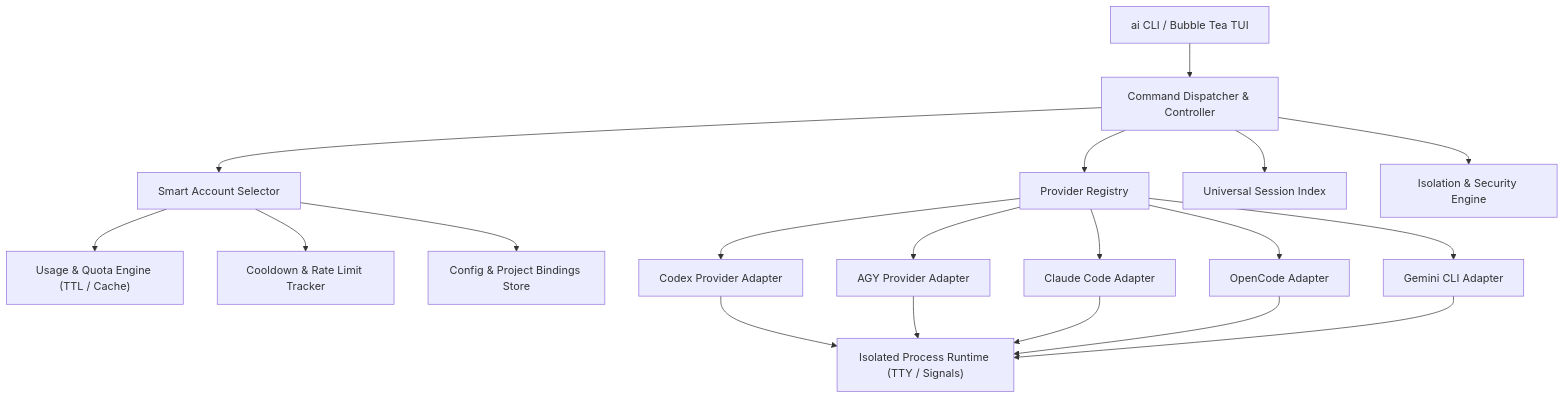
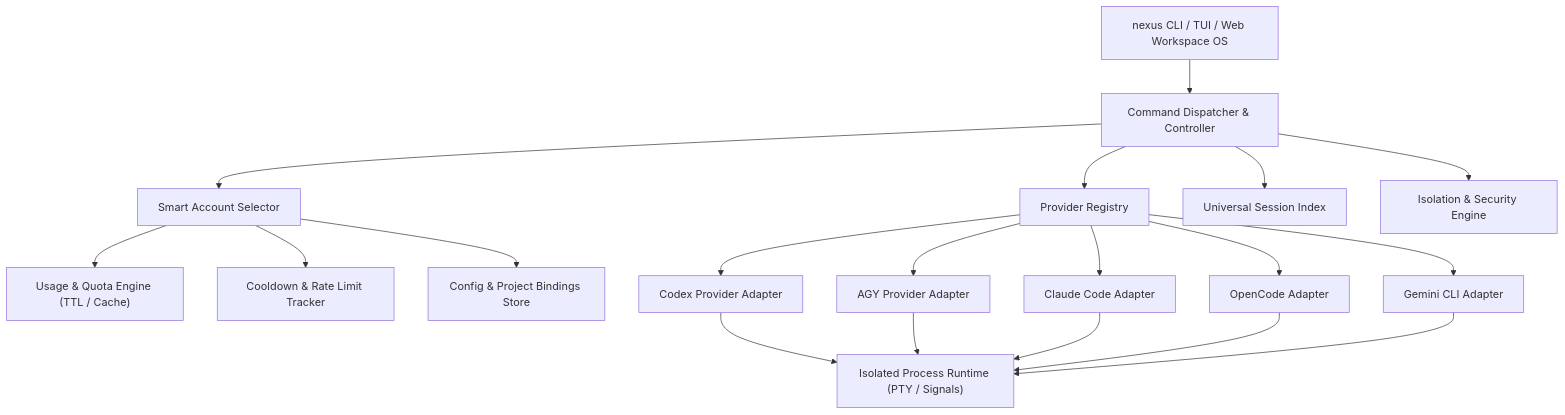
The first of 2 diagrams in ARCHITECTURE.md (kivervinicius/ai-cli), drawn with Mermaid before and after one commit. The commit also changed other lines of this file and 94 other files, not shown here.

````diff
--- a/ARCHITECTURE.md
+++ b/ARCHITECTURE.md
@@ -38,24 +38,24 @@
 ```mermaid
 flowchart TB
-    CLI["ai CLI / Bubble Tea TUI"] --> Dispatcher["Command Dispatcher & Controller"]
+    CLI["nexus CLI / TUI / Web Workspace OS"] --> Dispatcher["Command Dispatcher & Controller"]
     Dispatcher --> Scheduler["Smart Account Selector"]
     Dispatcher --> Registry["Provider Registry"]
     Dispatcher --> SessionIndex["Universal Session Index"]
     Dispatcher --> SecurityEngine["Isolation & Security Engine"]
 
     Scheduler --> QuotaEngine["Usage & Quota Engine (TTL / Cache)"]
     Scheduler --> Cooldown["Cooldown & Rate Limit Tracker"]
     Scheduler --> Config["Config & Project Bindings Store"]
 
     Registry --> CodexAdapter["Codex Provider Adapter"]
     Registry --> AGYAdapter["AGY Provider Adapter"]
     Registry --> ClaudeAdapter["Claude Code Adapter"]
     Registry --> OpenCodeAdapter["OpenCode Adapter"]
     Registry --> GeminiAdapter["Gemini CLI Adapter"]
 
-    CodexAdapter --> IsolatedRuntime["Isolated Process Runtime (TTY / Signals)"]
+    CodexAdapter --> IsolatedRuntime["Isolated Process Runtime (PTY / Signals)"]
     AGYAdapter --> IsolatedRuntime
     ClaudeAdapter --> IsolatedRuntime
     OpenCodeAdapter --> IsolatedRuntime
     GeminiAdapter --> IsolatedRuntime
 ```
````
